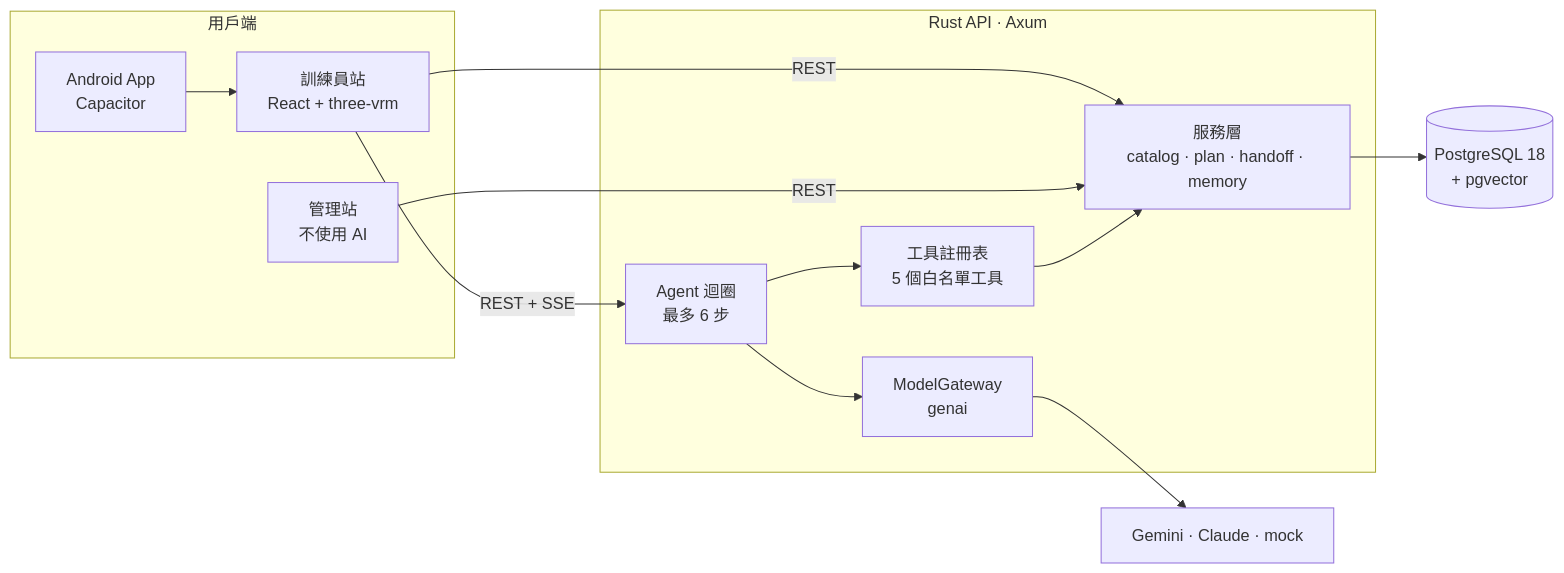
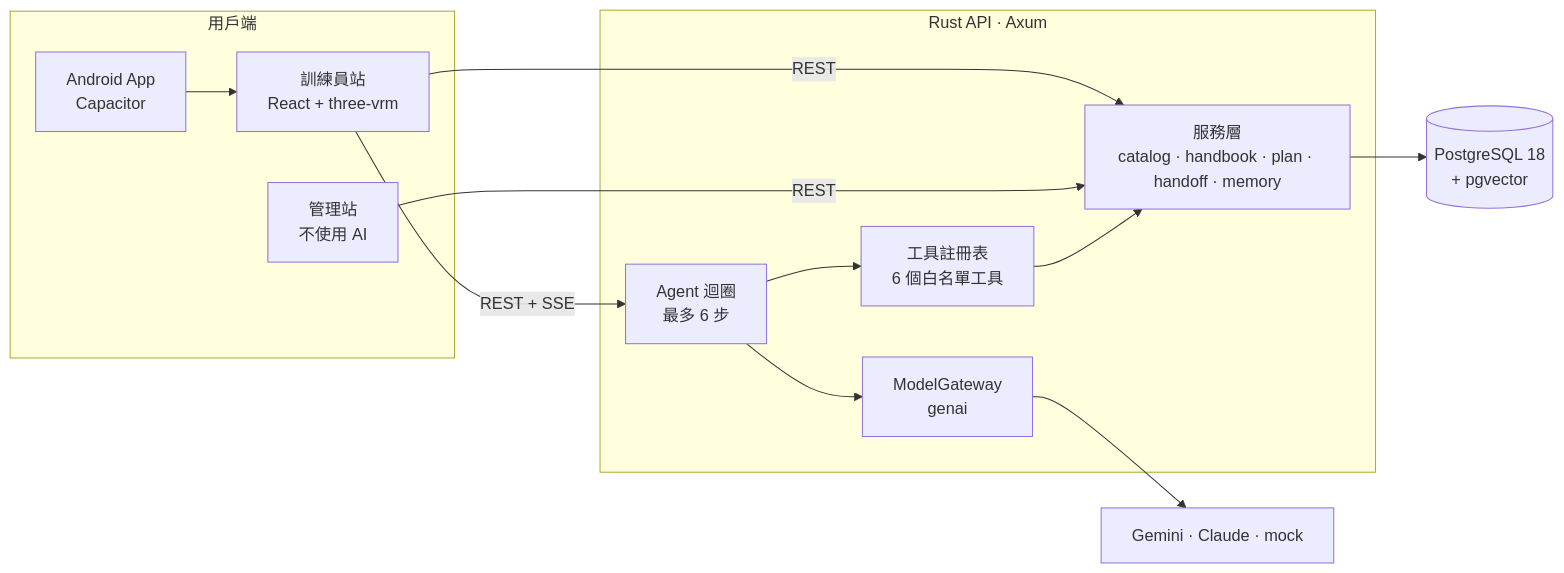
One commit to naritaroad/tracen-ai-tazuna changed the diagram in docs/readme/README.zh-TW.md. Above: the diagram before and after it, drawn with Mermaid. The commit also changed other lines of this file and 3 other files, not shown here.

````diff
--- a/docs/readme/README.zh-TW.md
+++ b/docs/readme/README.zh-TW.md
@@ -163,23 +166,23 @@
 ```mermaid
 flowchart LR
   subgraph Clients["用戶端"]
     TS["訓練員站<br/>React + three-vrm"]
     MS["管理站<br/>不使用 AI"]
     APK["Android App<br/>Capacitor"]
   end
   subgraph API["Rust API · Axum"]
     AG["Agent 迴圈<br/>最多 6 步"]
-    TL["工具註冊表<br/>5 個白名單工具"]
-    SV["服務層<br/>catalog · plan · handoff · memory"]
+    TL["工具註冊表<br/>6 個白名單工具"]
+    SV["服務層<br/>catalog · handbook · plan · handoff · memory"]
     GW["ModelGateway<br/>genai"]
   end
   DB[("PostgreSQL 18<br/>+ pgvector")]
   LLM["Gemini · Claude · mock"]
 
   TS -- "REST + SSE" --> AG
   TS -- REST --> SV
   APK --> TS
   MS -- REST --> SV
   AG --> TL --> SV --> DB
   AG --> GW --> LLM
 ```
````
